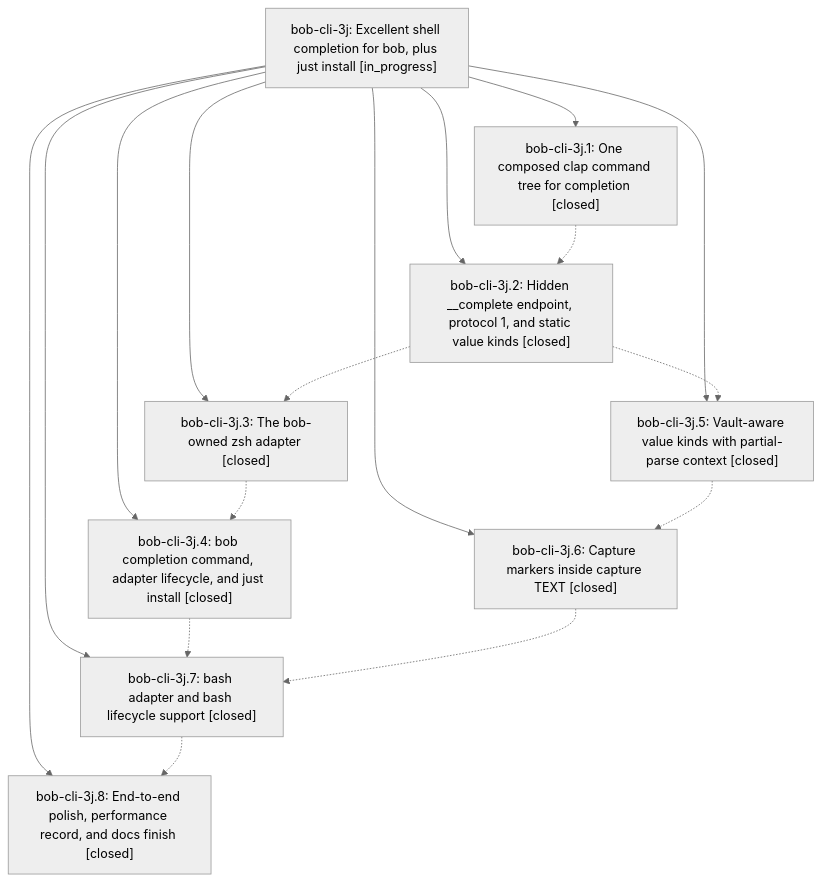
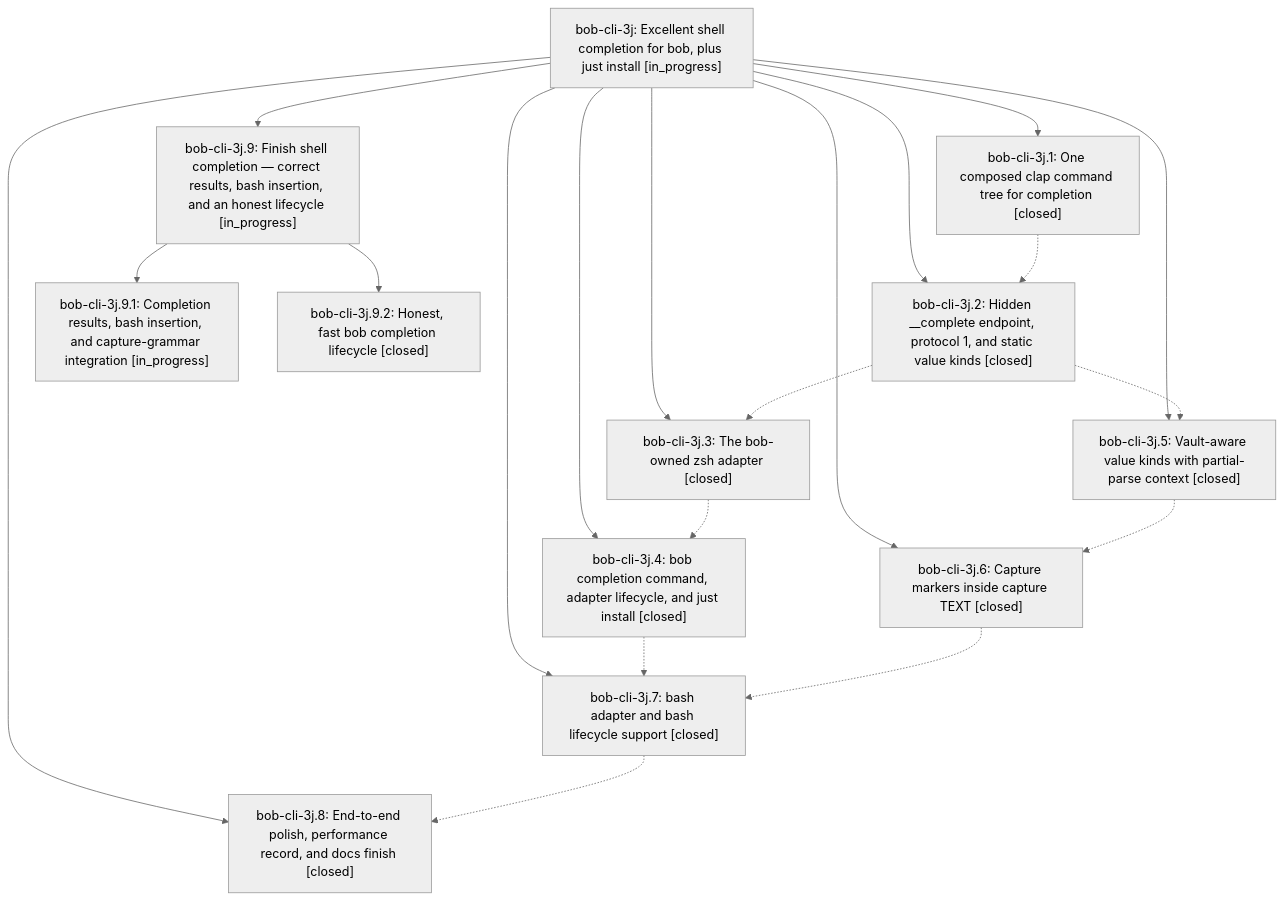
Before and after one commit to bobs-org/bob-cli--beads: the diagram in pages/bob-cli-3j/README.md, drawn with Mermaid (neutral theme). The commit also changed other lines of this file and 3 other files, not shown here.

First line of the commit message:
chore(beads): sync bead state and pages for bob-cli-3j

````diff
--- a/pages/bob-cli-3j/README.md
+++ b/pages/bob-cli-3j/README.md
@@ -29,28 +35,34 @@
 ```mermaid
 flowchart TD
     n0["bob-cli-3j: Excellent shell completion for bob, plus just install [in_progress]"]
     n1["bob-cli-3j.1: One composed clap command tree for completion [closed]"]
     n2["bob-cli-3j.2: Hidden __complete endpoint, protocol 1, and static value kinds [closed]"]
     n3["bob-cli-3j.3: The bob-owned zsh adapter [closed]"]
     n4["bob-cli-3j.4: bob completion command, adapter lifecycle, and just install [closed]"]
     n5["bob-cli-3j.5: Vault-aware value kinds with partial-parse context [closed]"]
     n6["bob-cli-3j.6: Capture markers inside capture TEXT [closed]"]
     n7["bob-cli-3j.7: bash adapter and bash lifecycle support [closed]"]
     n8["bob-cli-3j.8: End-to-end polish, performance record, and docs finish [closed]"]
+    n9["bob-cli-3j.9: Finish shell completion — correct results, bash insertion, and an honest lifecycle [in_progress]"]
+    n10["bob-cli-3j.9.1: Completion results, bash insertion, and capture-grammar integration [in_progress]"]
+    n11["bob-cli-3j.9.2: Honest, fast bob completion lifecycle [closed]"]
     n0 --> n1
     n0 --> n2
     n0 --> n3
     n0 --> n4
     n0 --> n5
     n0 --> n6
     n0 --> n7
     n0 --> n8
+    n0 --> n9
+    n9 --> n10
+    n9 --> n11
     n1 -.-> n2
     n2 -.-> n3
     n2 -.-> n5
     n3 -.-> n4
     n4 -.-> n7
     n5 -.-> n6
     n6 -.-> n7
     n7 -.-> n8
 ```
````
